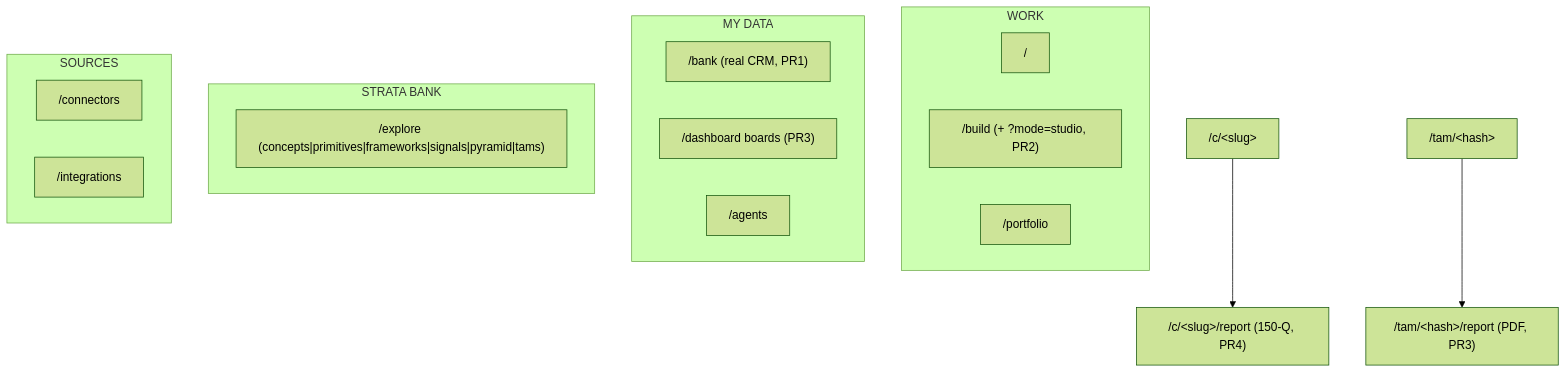
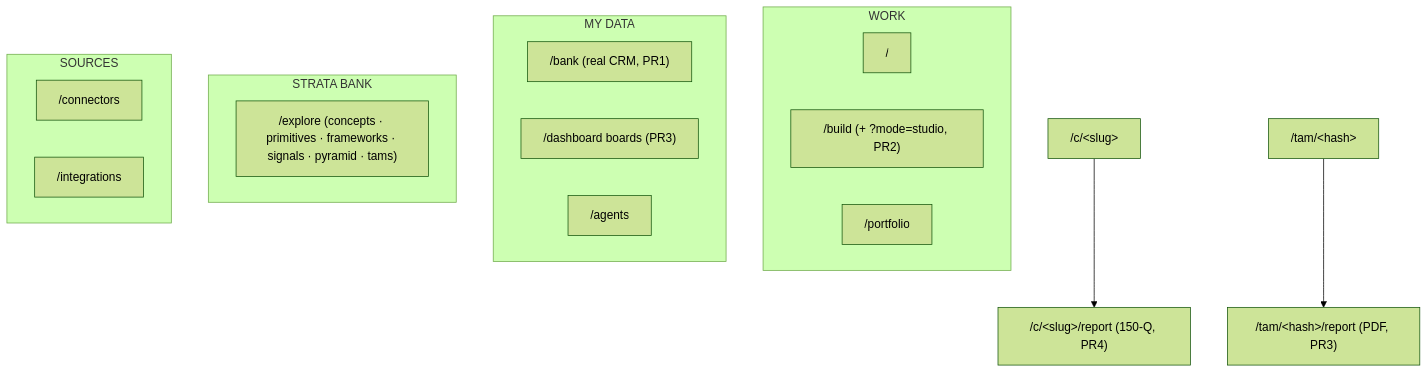
Diagram 25 of 54 in docs/architecture/DIAGRAMS.md (ArkashJ/Strata), drawn with Mermaid (forest theme) before and after one commit. The commit also changed other lines of this file and 3 other files, not shown here.

First line of the commit message:
fix(resolver): token-coverage concept matching (kill false-positive TAMs) + 13 architecture diagrams (#123)

````diff
--- a/docs/architecture/DIAGRAMS.md
+++ b/docs/architecture/DIAGRAMS.md
@@ -380,17 +404,17 @@
 ```mermaid
 flowchart TD
   subgraph WORK
     Home["/"]; Build["/build (+ ?mode=studio, PR2)"]; Portfolio["/portfolio"]
   end
   subgraph MYDATA["MY DATA"]
     Bank["/bank (real CRM, PR1)"]; Boards["/dashboard boards (PR3)"]; Agents["/agents"]
   end
   subgraph BANK["STRATA BANK"]
-    Explore["/explore (concepts|primitives|frameworks|signals|pyramid|tams)"]
+    Explore["/explore (concepts · primitives · frameworks · signals · pyramid · tams)"]
   end
   subgraph SOURCES
     Connectors["/connectors"]; Integrations["/integrations"]
   end
   Concept["/c/&lt;slug&gt;"] --> CReport["/c/&lt;slug&gt;/report (150-Q, PR4)"]
   TAM["/tam/&lt;hash&gt;"] --> TReport["/tam/&lt;hash&gt;/report (PDF, PR3)"]
 ```
````
